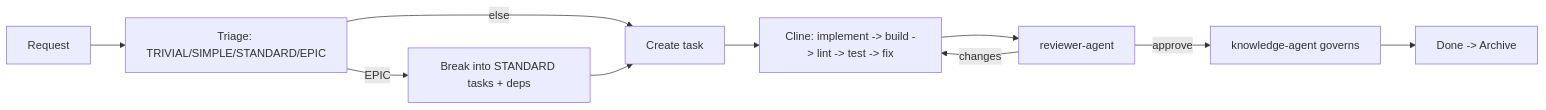
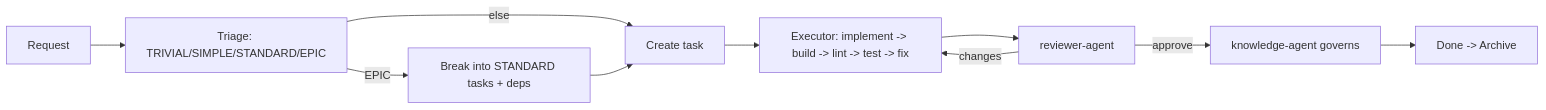
The second of 2 diagrams in README.md (Vtquan123/strix), drawn with Mermaid before and after one commit. The commit also changed other lines of this file and 95 other files, not shown here.

````diff
--- a/README.md
+++ b/README.md
@@ -77,12 +83,12 @@
 ```mermaid
 flowchart LR
     REQ[Request] --> TRI[Triage: TRIVIAL/SIMPLE/STANDARD/EPIC]
     TRI -->|EPIC| BD[Break into STANDARD tasks + deps]
     TRI -->|else| TSK[Create task]
     BD --> TSK
-    TSK --> EXE[Cline: implement -> build -> lint -> test -> fix]
+    TSK --> EXE[Executor: implement -> build -> lint -> test -> fix]
     EXE --> REV[reviewer-agent]
     REV -->|changes| EXE
     REV -->|approve| GOV[knowledge-agent governs]
     GOV --> DONE[Done -> Archive]
 ```
````
